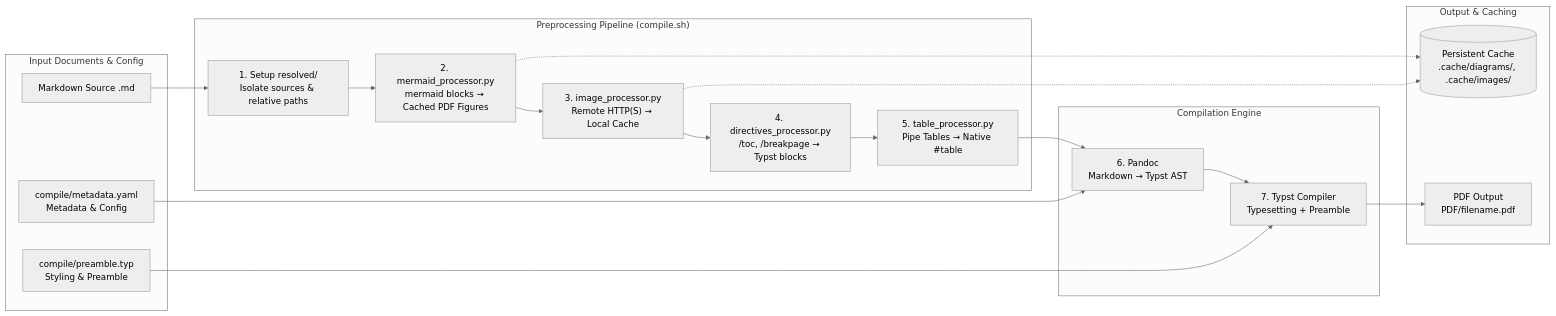
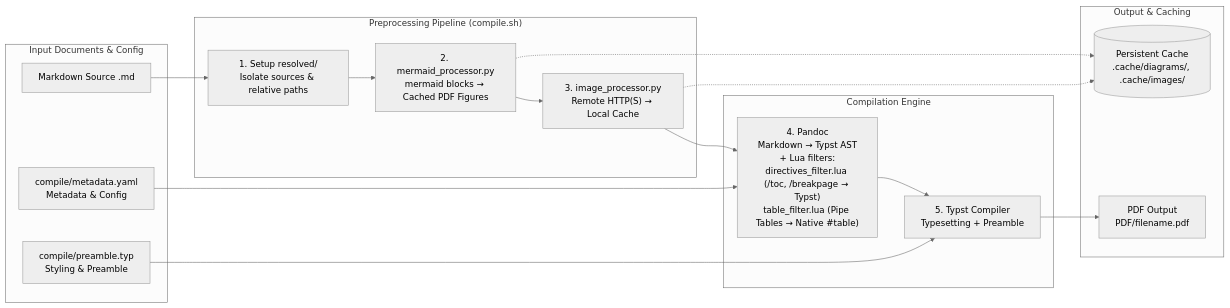
Before and after one commit to Masrkai/MRKcompile: the diagram in README.md, drawn with Mermaid (neutral theme). The commit also changed other lines of this file and 12 other files, not shown here.

````diff
--- a/README.md
+++ b/README.md
@@ -9,39 +9,35 @@
 ```mermaid
 graph LR
     subgraph Input Documents & Config
         MD[Markdown Source .md]
         Meta["compile/metadata.yaml<br/>Metadata & Config"]
         Pre["compile/preamble.typ<br/>Styling & Preamble"]
     end
 
     subgraph "Preprocessing Pipeline (compile.sh)"
         Res["1. Setup resolved/<br/>Isolate sources & relative paths"]
         Mermaid["2. mermaid_processor.py<br/>mermaid blocks → Cached PDF Figures"]
         Images["3. image_processor.py<br/>Remote HTTP(S) → Local Cache"]
-        Directives["4. directives_processor.py<br/>/toc, /breakpage → Typst blocks"]
-        Tables["5. table_processor.py<br/>Pipe Tables → Native #table"]
     end
 
     subgraph Compilation Engine
-        Pandoc["6. Pandoc<br/>Markdown → Typst AST"]
-        Typst["7. Typst Compiler<br/>Typesetting + Preamble"]
+        Pandoc["4. Pandoc<br/>Markdown → Typst AST<br/>+ Lua filters:<br/>directives_filter.lua (/toc, /breakpage → Typst)<br/>table_filter.lua (Pipe Tables → Native #table)"]
+        Typst["5. Typst Compiler<br/>Typesetting + Preamble"]
     end
 
     subgraph Output & Caching
         PDF["PDF Output<br/>PDF/filename.pdf"]
         Cache[("Persistent Cache<br/>.cache/diagrams/, .cache/images/")]
     end
 
     MD --> Res
     Res --> Mermaid
     Mermaid --> Images
-    Images --> Directives
-    Directives --> Tables
-    Tables --> Pandoc
+    Images --> Pandoc
     Meta --> Pandoc
     Pre --> Typst
     Pandoc --> Typst
     Typst --> PDF
     Mermaid -.-> Cache
     Images -.-> Cache
 ```
````
